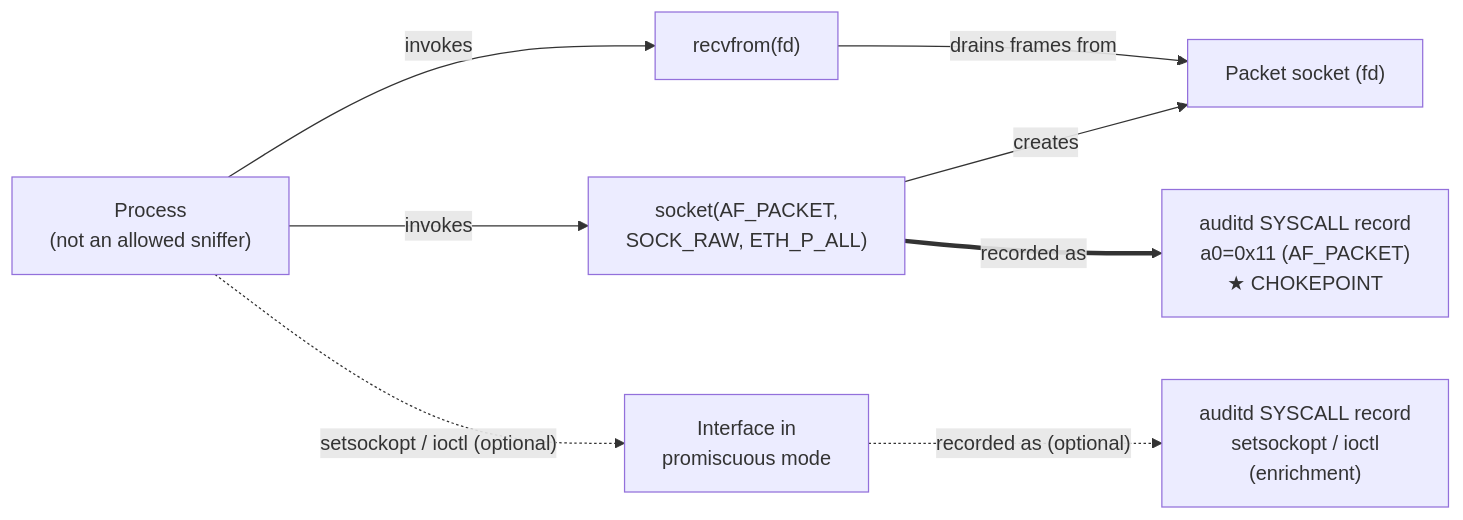
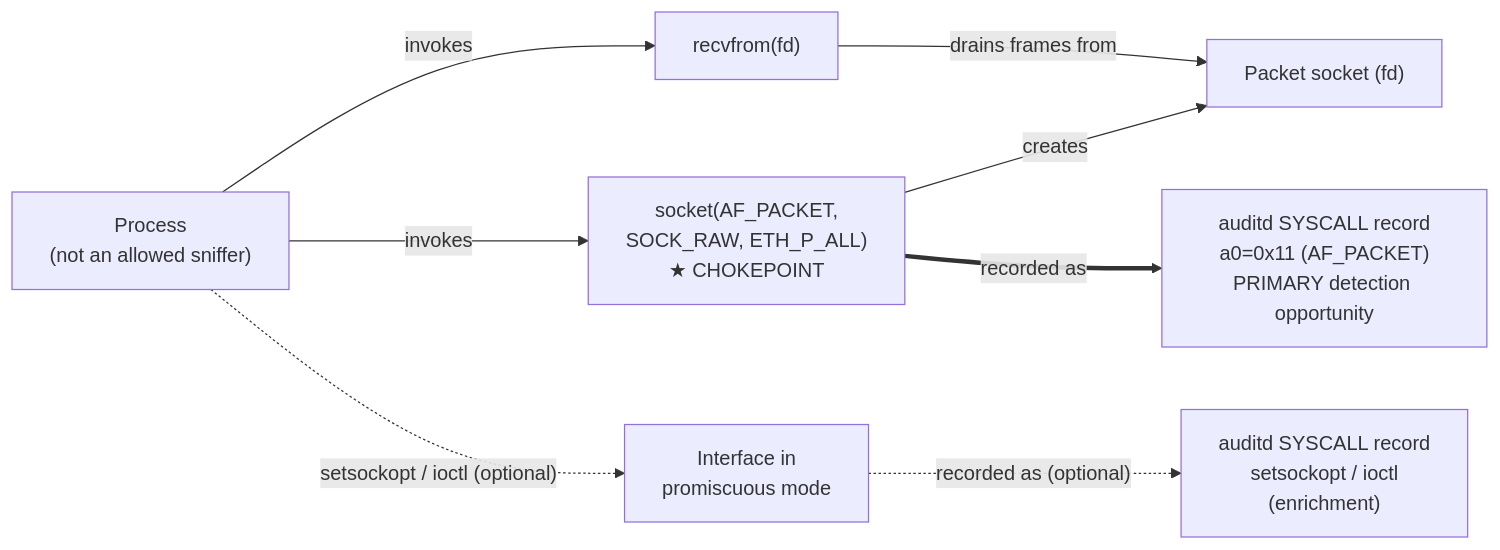
Before and after one commit to vasquja/det-eng: the first of 4 diagrams in research/trr0001/lin/README.md, drawn with Mermaid. The commit also changed other lines of this file, not shown here.

First line of the commit message:
Fix Strategy 1 overclaim; align DDM chokepoint marker

````diff
--- a/research/trr0001/lin/README.md
+++ b/research/trr0001/lin/README.md
@@ -115,10 +115,10 @@
 ```mermaid
 flowchart LR
-    P["Process<br/>(not an allowed sniffer)"] -->|invokes| S["socket(AF_PACKET,<br/>SOCK_RAW, ETH_P_ALL)"]
+    P["Process<br/>(not an allowed sniffer)"] -->|invokes| S["socket(AF_PACKET,<br/>SOCK_RAW, ETH_P_ALL)<br/>★ CHOKEPOINT"]
     S -->|creates| K["Packet socket (fd)"]
     P -->|invokes| R["recvfrom(fd)"]
     R -->|drains frames from| K
     P -.->|"setsockopt / ioctl (optional)"| M["Interface in<br/>promiscuous mode"]
-    S ==>|recorded as| T["auditd SYSCALL record<br/>a0=0x11 (AF_PACKET)<br/>★ CHOKEPOINT"]
+    S ==>|recorded as| T["auditd SYSCALL record<br/>a0=0x11 (AF_PACKET)<br/>PRIMARY detection opportunity"]
     M -.->|"recorded as (optional)"| T2["auditd SYSCALL record<br/>setsockopt / ioctl<br/>(enrichment)"]
 ```
````
